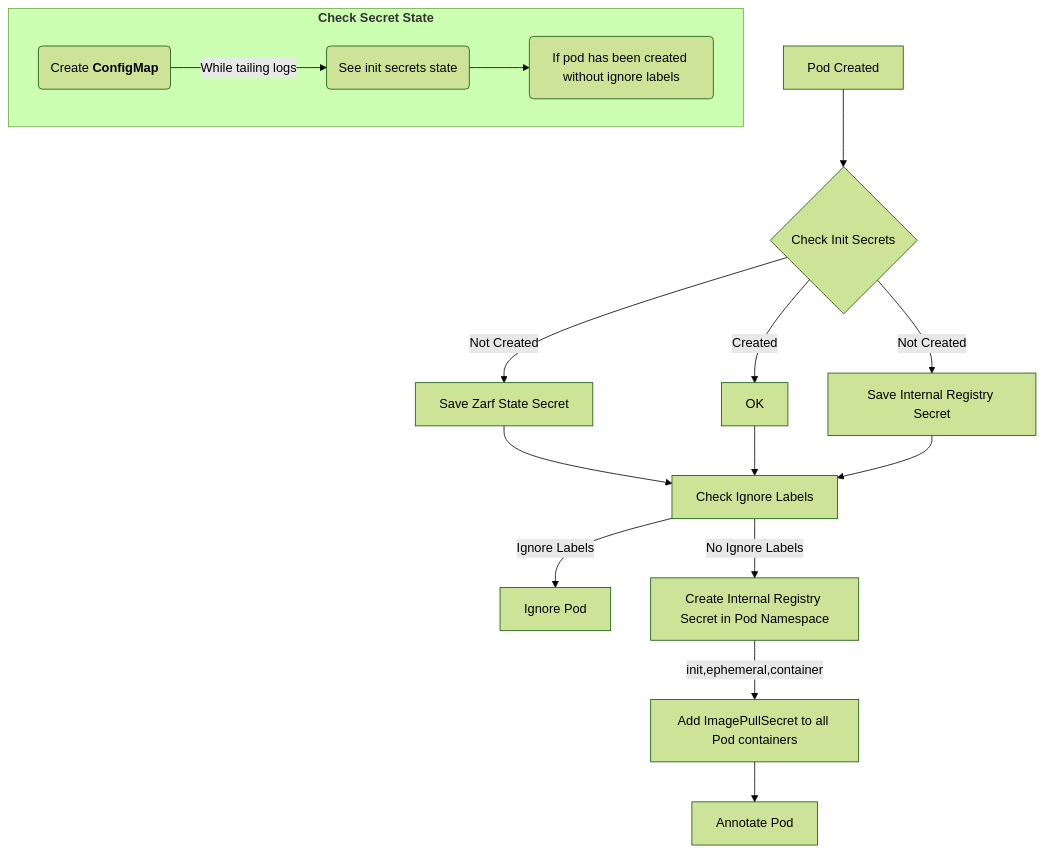
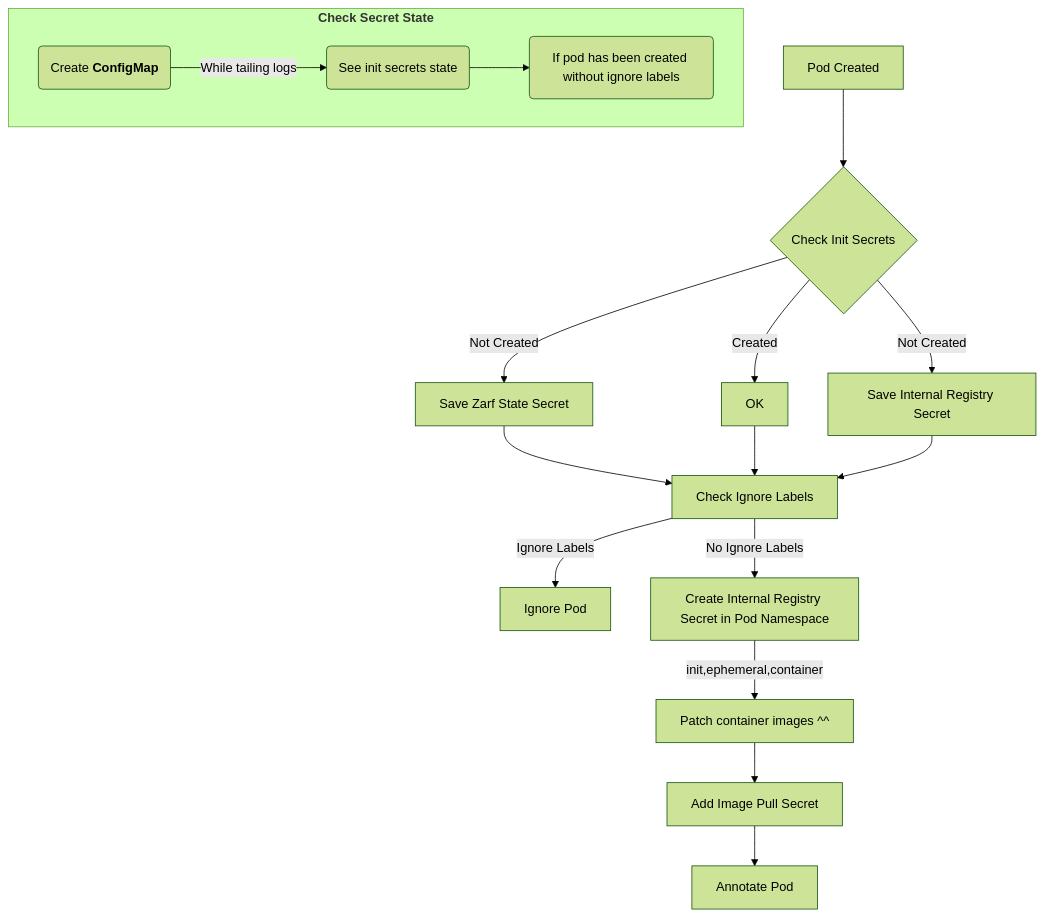
The diagram in README.md (defenseunicorns/pepr-zarf-agent), drawn with Mermaid (forest theme) before and after one commit.

Commit message:
[TASK] add patch image step

````diff
--- a/README.md
+++ b/README.md
@@ -12,18 +12,19 @@
 ```mermaid
 flowchart TD
     A[Pod Created] --> B{Check Init Secrets}
     B -->|Created| C[OK]
     B -->|Not Created| E[Save Zarf State Secret]
     B -->|Not Created| F[Save Internal Registry Secret]
     E --> D[Check Ignore Labels]
     C --> D[Check Ignore Labels]
     F --> D[Check Ignore Labels]
     D -->|Ignore Labels| G[Ignore Pod]
     D -->|No Ignore Labels| H[Create Internal Registry Secret in Pod Namespace]
-    H --"`init,ephemeral,container`"--> I[Add ImagePullSecret to all Pod containers]
-    I --> J[Annotate Pod]
+    H --"`init,ephemeral,container`"--> I[Patch container images ^^]
+    I --> J[Add Image Pull Secret]
+    J --> K[Annotate Pod]
 
 subgraph "`**Check Secret State**`"
   c("`Create **ConfigMap**`") -- "`While tailing logs`" --> d("See init secrets state") --> e("If pod has been created without ignore labels")
 end
 ```
````
